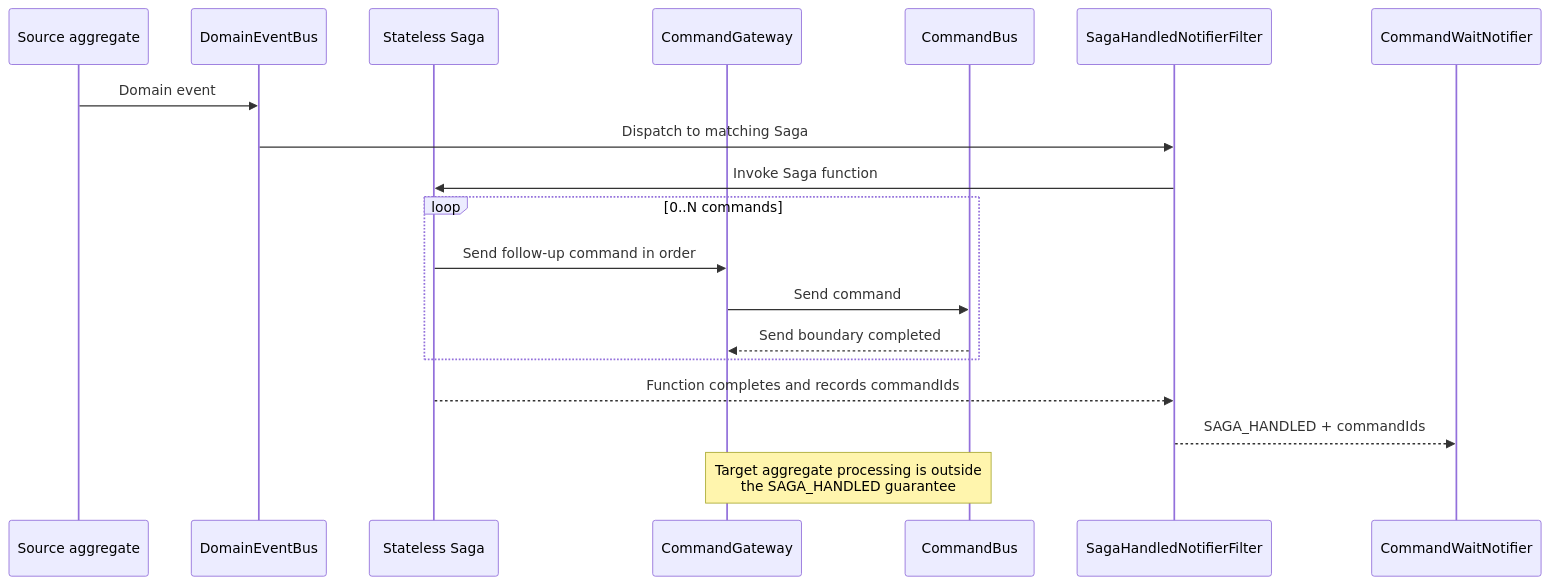
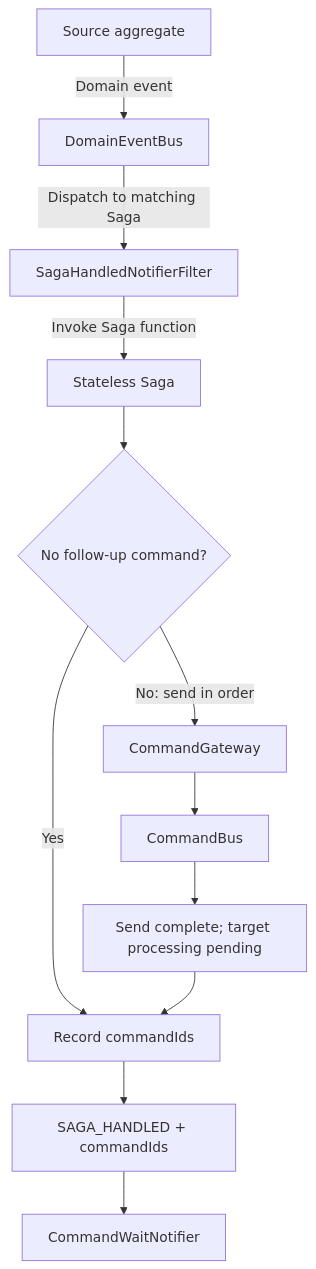
The diagram in documentation/docs/en/guide/event/saga.md (Ahoo-Wang/Wow), drawn with Mermaid before and after one commit. The commit also changed 19 other files, not shown here.

Commit message:
docs: improve Mermaid diagram readability

````diff
--- a/documentation/docs/en/guide/event/saga.md
+++ b/documentation/docs/en/guide/event/saga.md
@@ -13,21 +13,14 @@
 ```mermaid
-sequenceDiagram
-    participant Source as Source aggregate
-    participant EventBus as DomainEventBus
-    participant Saga as Stateless Saga
-    participant Gateway as CommandGateway
-    participant CommandBus as CommandBus
-    participant Notifier as SagaHandledNotifierFilter
-    participant WaitNotifier as CommandWaitNotifier
-    Source->>EventBus: Domain event
-    EventBus->>Notifier: Dispatch to matching Saga
-    Notifier->>Saga: Invoke Saga function
-    loop 0..N commands
-        Saga->>Gateway: Send follow-up command in order
-        Gateway->>CommandBus: Send command
-        CommandBus-->>Gateway: Send boundary completed
-    end
-    Saga-->>Notifier: Function completes and records commandIds
-    Notifier-->>WaitNotifier: SAGA_HANDLED + commandIds
-    Note over Gateway,CommandBus: Target aggregate processing is outside<br/>the SAGA_HANDLED guarantee
+flowchart TB
+    Source["Source aggregate"] -->|Domain event| EventBus["DomainEventBus"]
+    EventBus -->|Dispatch to matching Saga| Notifier["SagaHandledNotifierFilter"]
+    Notifier -->|Invoke Saga function| Saga["Stateless Saga"]
+    Saga --> Commands{"No follow-up command?"}
+    Commands -->|Yes| Done["Record commandIds"]
+    Commands -->|No: send in order| Gateway["CommandGateway"]
+    Gateway --> CommandBus["CommandBus"]
+    CommandBus --> Sent["Send complete; target processing pending"]
+    Sent --> Done
+    Done --> Signal["SAGA_HANDLED + commandIds"]
+    Signal --> WaitNotifier["CommandWaitNotifier"]
 ```
````
